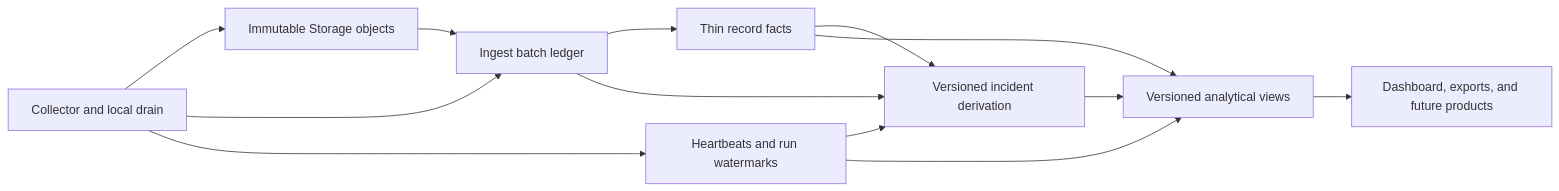
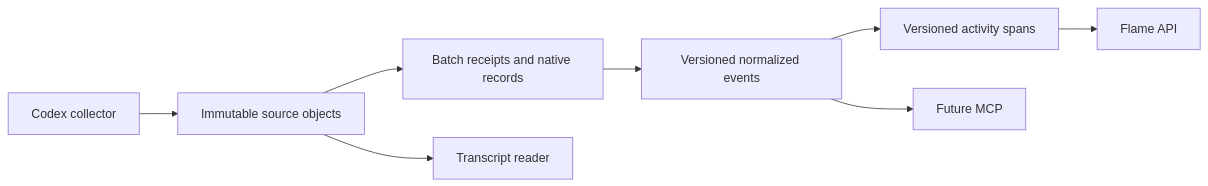
Before and after one commit to e3-solutions/sherlock: the diagram in docs/data-schema.md, drawn with Mermaid. The commit also changed other lines of this file and 1 other file, not shown here.

First line of the commit message:
COR-3584: Simplify Sherlock session telemetry architecture (#1)

````diff
--- a/docs/data-schema.md
+++ b/docs/data-schema.md
@@ -34,15 +12,10 @@
 ```mermaid
 flowchart LR
-    C["Collector and local drain"] --> S["Immutable Storage objects"]
-    C --> B["Ingest batch ledger"]
-    S --> B
-    B --> R["Thin record facts"]
-    C --> H["Heartbeats and run watermarks"]
-    R --> I["Versioned incident derivation"]
-    H --> I
-    B --> I
-    R --> V["Versioned analytical views"]
-    H --> V
-    I --> V
-    V --> P["Dashboard, exports, and future products"]
+    C["Codex collector"] --> O["Immutable source objects"]
+    O --> R["Batch receipts and native records"]
+    R --> E["Versioned normalized events"]
+    E --> A["Versioned activity spans"]
+    A --> F["Flame API"]
+    E --> M["Future MCP"]
+    O --> T["Transcript reader"]
 ```
````
